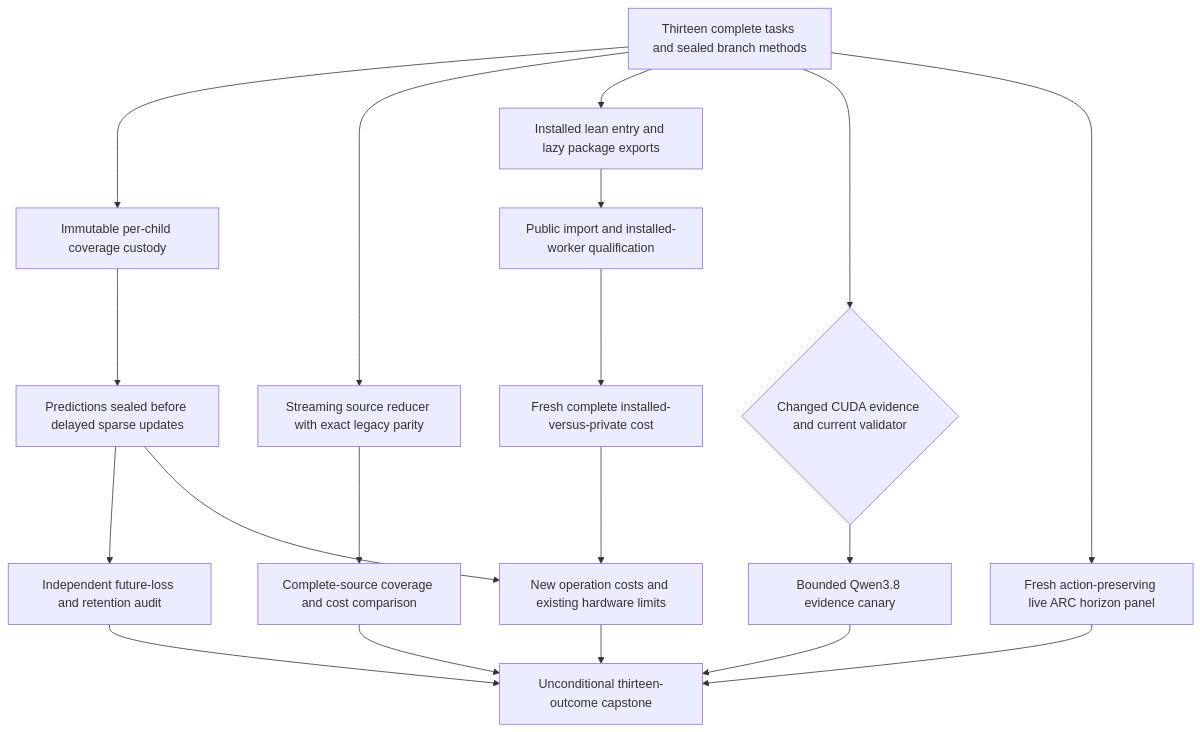
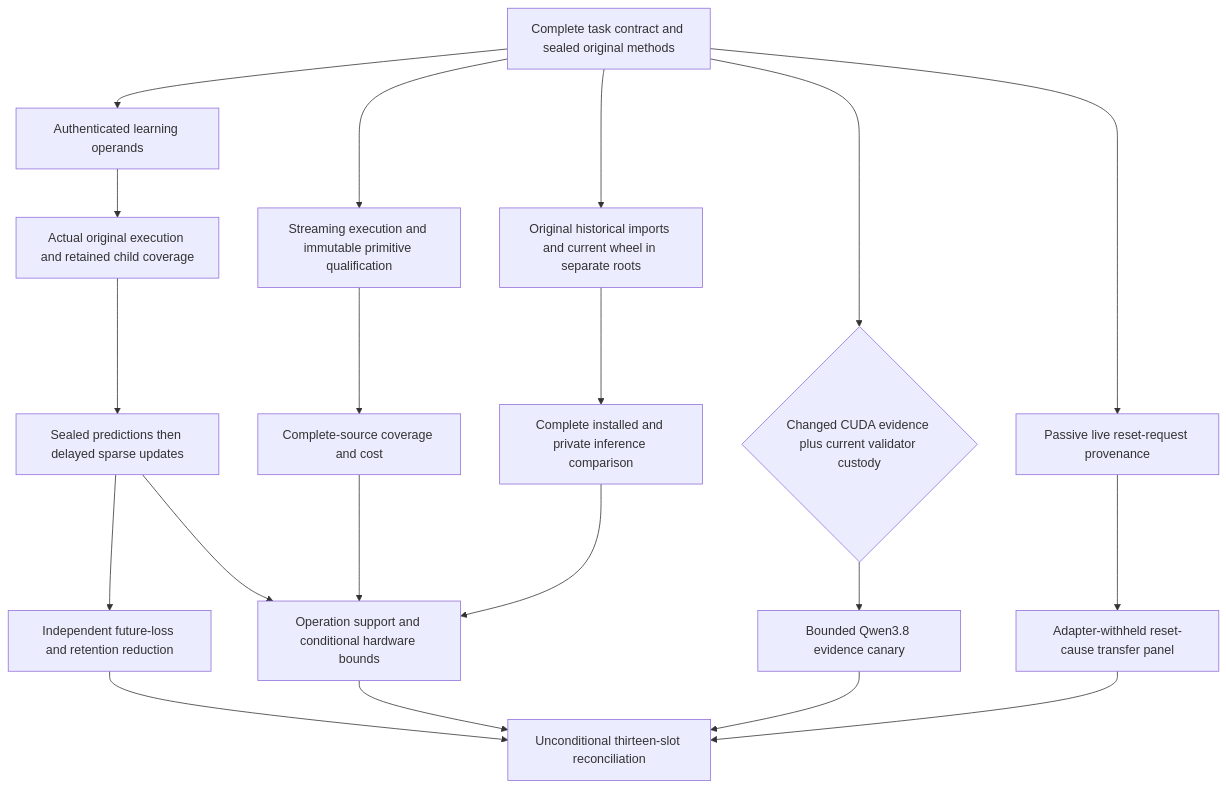
One commit to Carnot-EBM/carnot-ebm changed the first of 2 diagrams in openspec/change-proposals/research-roadmap-vNEXT.md. Above: the diagram before and after it, drawn with Mermaid. The commit also changed other lines of this file and 16 other files, not shown here.

````diff
--- a/openspec/change-proposals/research-roadmap-vNEXT.md
+++ b/openspec/change-proposals/research-roadmap-vNEXT.md
@@ -85,21 +101,22 @@
 ```mermaid
 flowchart TD
-    A[Thirteen complete tasks and sealed branch methods] --> B[Immutable per-child coverage custody]
-    B --> C[Predictions sealed before delayed sparse updates]
-    C --> D[Independent future-loss and retention audit]
-    A --> E[Streaming source reducer with exact legacy parity]
-    E --> F[Complete-source coverage and cost comparison]
-    A --> G[Installed lean entry and lazy package exports]
-    G --> H[Public import and installed-worker qualification]
-    H --> I[Fresh complete installed-versus-private cost]
-    A --> J{Changed CUDA evidence and current validator}
+    A[Complete task contract and sealed original methods] --> B[Authenticated learning operands]
+    B --> C[Actual original execution and retained child coverage]
+    C --> D[Sealed predictions then delayed sparse updates]
+    D --> E[Independent future-loss and retention reduction]
+    A --> F[Streaming execution and immutable primitive qualification]
+    F --> G[Complete-source coverage and cost]
+    A --> H[Original historical imports and current wheel in separate roots]
+    H --> I[Complete installed and private inference comparison]
+    A --> J{Changed CUDA evidence plus current validator custody}
     J --> K[Bounded Qwen3.8 evidence canary]
-    A --> L[Fresh action-preserving live ARC horizon panel]
-    C --> M[New operation costs and existing hardware limits]
-    I --> M
-    D --> N[Unconditional thirteen-outcome capstone]
-    F --> N
-    K --> N
-    L --> N
-    M --> N
+    A --> L[Passive live reset-request provenance]
+    L --> M[Adapter-withheld reset-cause transfer panel]
+    D --> N[Operation support and conditional hardware bounds]
+    G --> N
+    I --> N
+    E --> O[Unconditional thirteen-slot reconciliation]
+    K --> O
+    M --> O
+    N --> O
 ```
````
